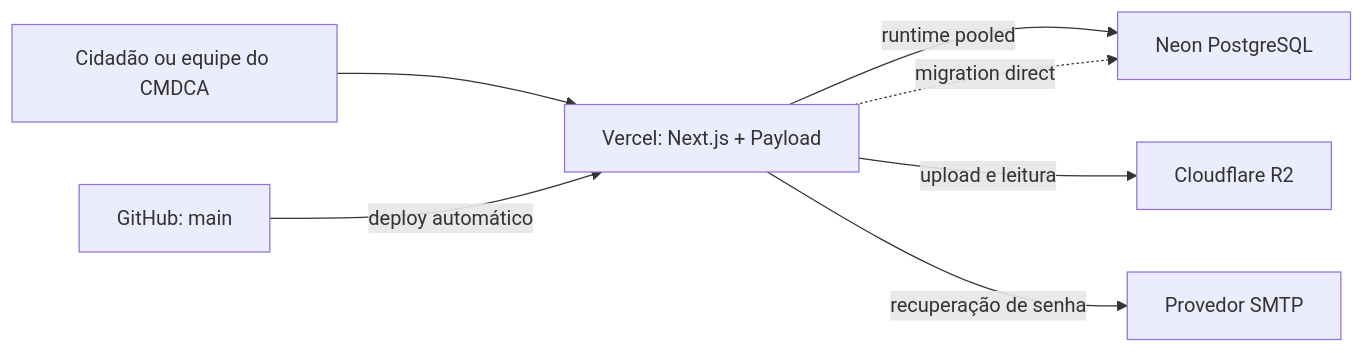
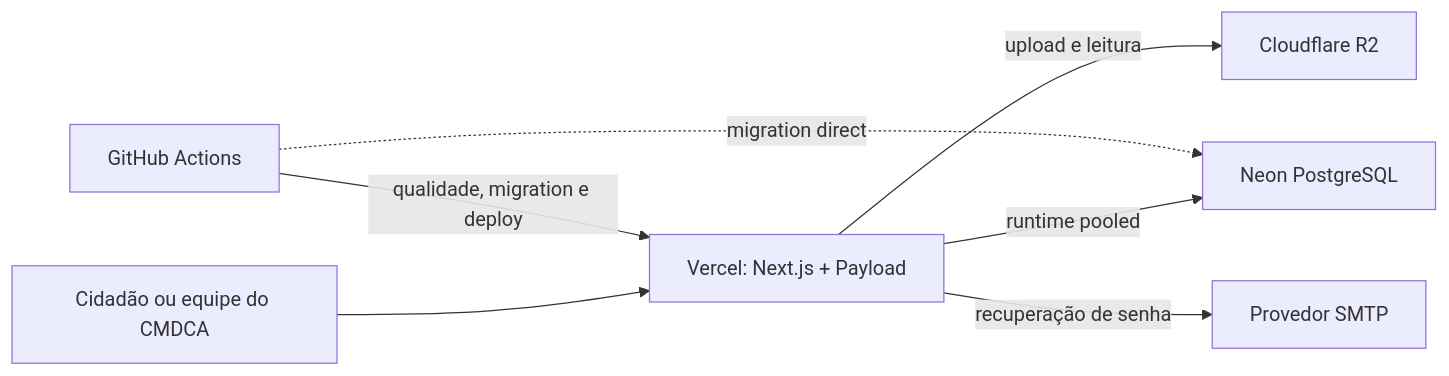
One commit to vhonorato02/cmdca changed the diagram in docs/ARQUITETURA.md. Above: the diagram before and after it, drawn with Mermaid. The commit also changed other lines of this file and 66 other files, not shown here.

Commit message:
fix portal access schema and add verified Actions delivery

````diff
--- a/docs/ARQUITETURA.md
+++ b/docs/ARQUITETURA.md
@@ -5,9 +5,9 @@
 ```mermaid
 flowchart LR
   C["Cidadão ou equipe do CMDCA"] --> V["Vercel: Next.js + Payload"]
   V -->|"runtime pooled"| N["Neon PostgreSQL"]
   V -->|"upload e leitura"| R["Cloudflare R2"]
   V -->|"recuperação de senha"| E["Provedor SMTP"]
-  G["GitHub: main"] -->|"deploy automático"| V
-  V -. "migration direct" .-> N
+  G["GitHub Actions"] -->|"qualidade, migration e deploy"| V
+  G -. "migration direct" .-> N
 ```
````
